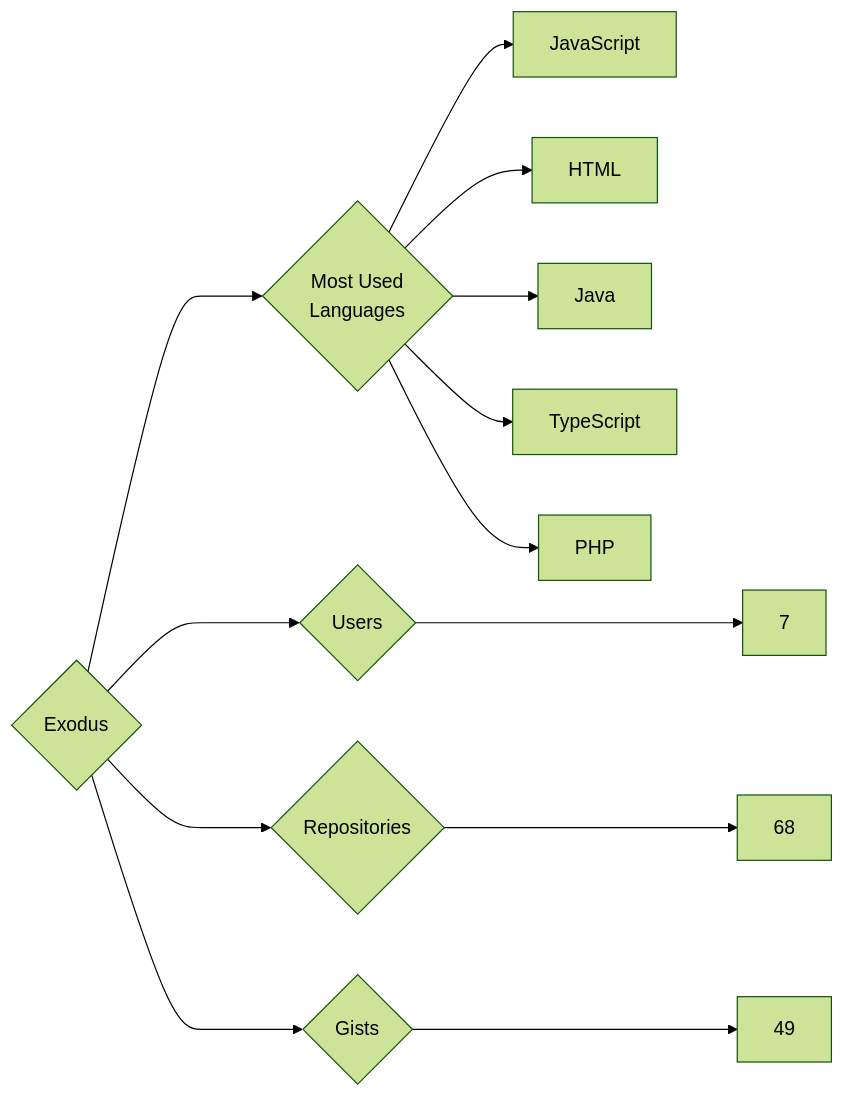
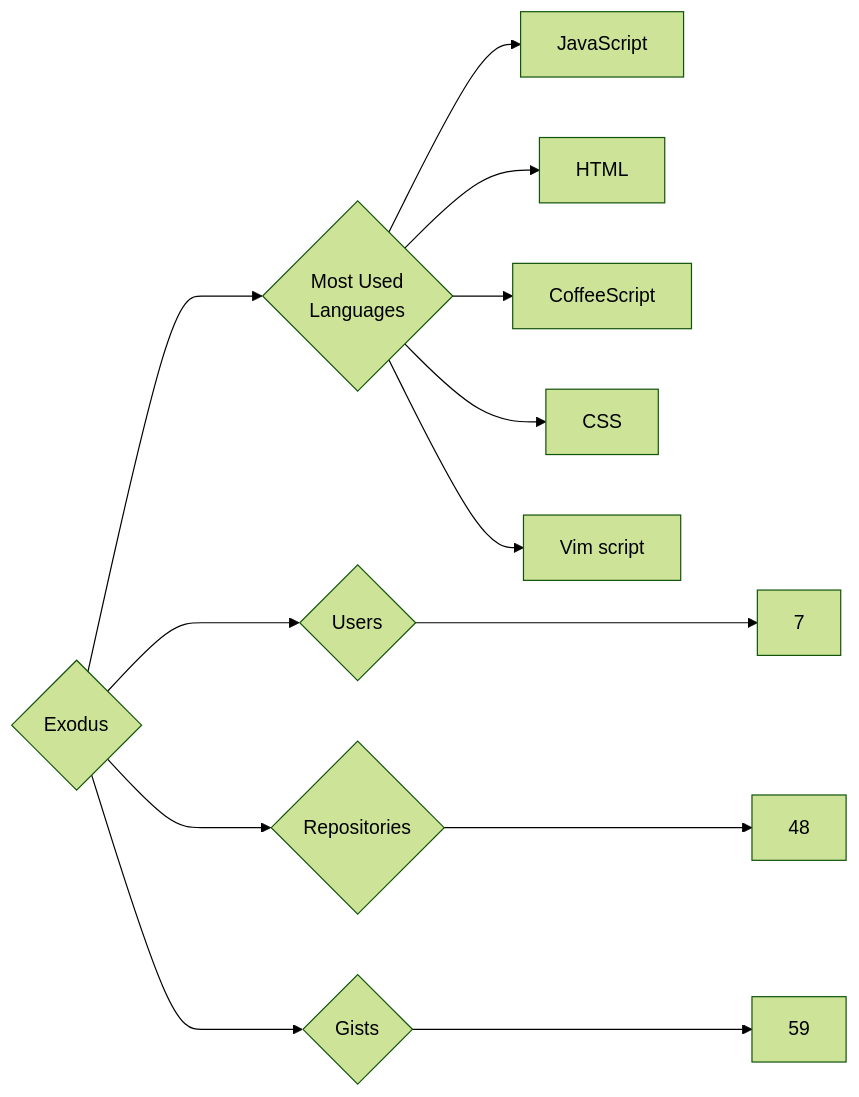
One commit to trickest/insiders changed the diagram in targets/Exodus/README.md. Above: the diagram before and after it, drawn with Mermaid (forest theme). The commit also changed 925 other files, not shown here.

````diff
--- a/targets/Exodus/README.md
+++ b/targets/Exodus/README.md
@@ -3,13 +3,13 @@
 ```mermaid
 graph LR
 COMPANY_NAME{Exodus}
 COMPANY_NAME ---> U{Users} ---> UN[7]
-COMPANY_NAME ---> R{Repositories} ---> RN[68]
-COMPANY_NAME ---> G{Gists} ---> GN[49]
+COMPANY_NAME ---> R{Repositories} ---> RN[48]
+COMPANY_NAME ---> G{Gists} ---> GN[59]
 COMPANY_NAME ---> ML{Most Used<br>Languages}
 ML --> JavaScript[JavaScript]
 ML --> HTML[HTML]
-ML --> Java[Java]
-ML --> TypeScript[TypeScript]
-ML --> PHP[PHP]
+ML --> CoffeeScript[CoffeeScript]
+ML --> CSS[CSS]
+ML --> Vim_script[Vim script]
 ```
````
